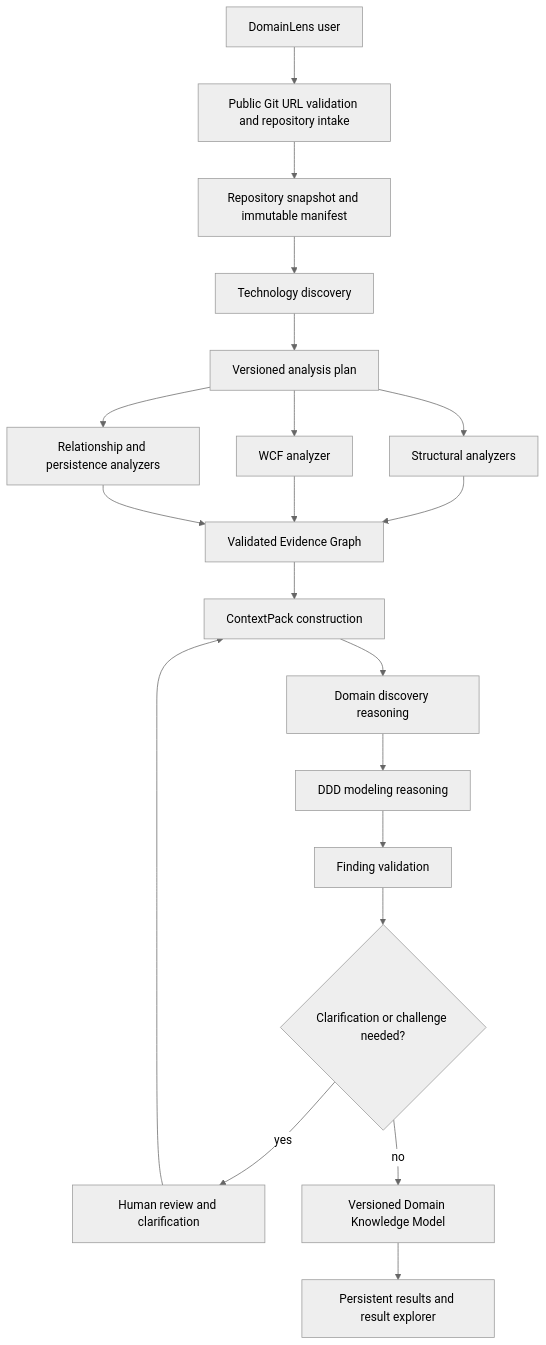
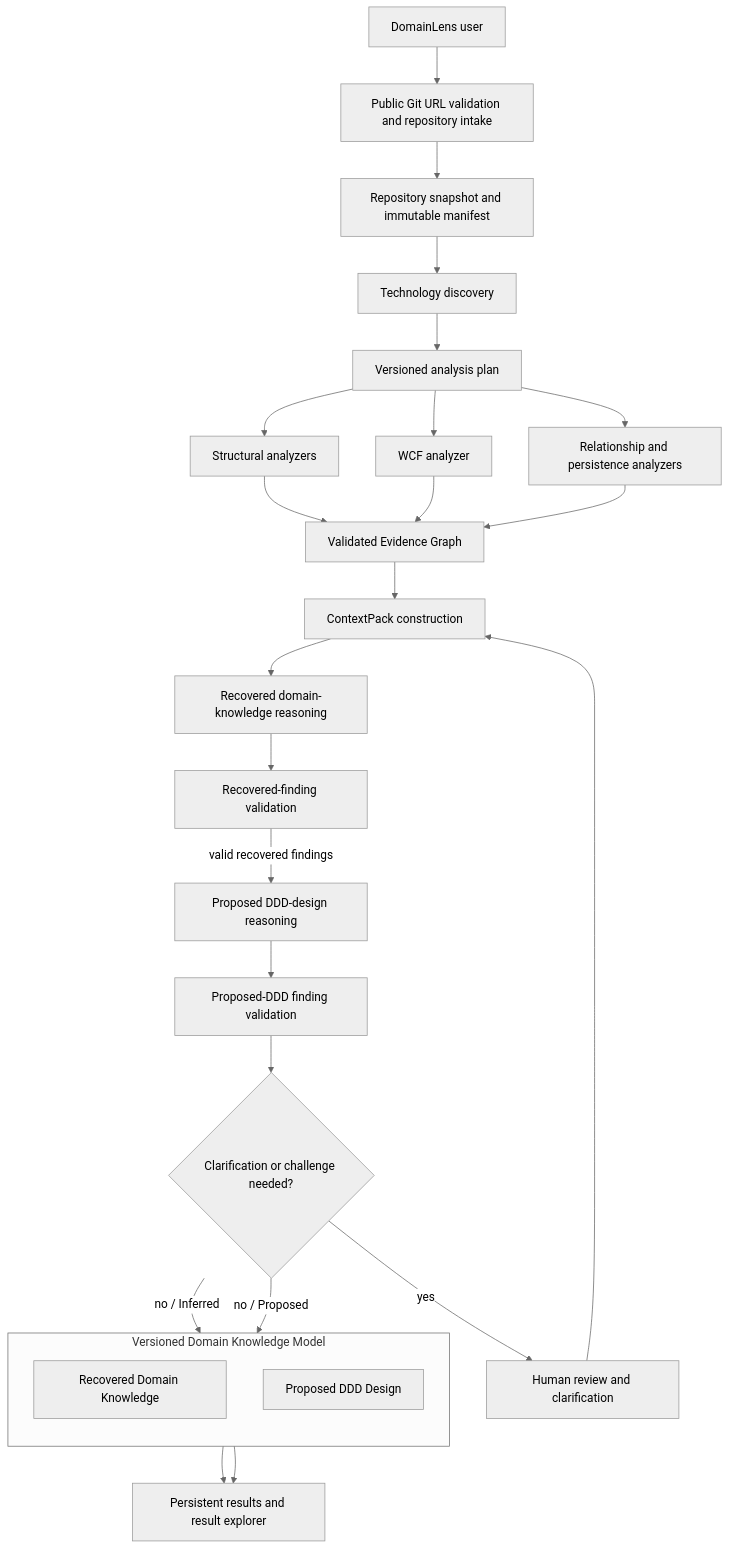
The third of 4 diagrams in docs/architecture/04-analysis-pipeline.md (ksharik/domainLens), drawn with Mermaid (neutral theme) before and after one commit. The commit also changed other lines of this file and 17 other files, not shown here.

````diff
--- a/docs/architecture/04-analysis-pipeline.md
+++ b/docs/architecture/04-analysis-pipeline.md
@@ -162,31 +182,38 @@
 ```mermaid
 flowchart TD
     User[DomainLens user]
     Intake[Public Git URL validation and repository intake]
     Snapshot[Repository snapshot and immutable manifest]
     Discovery[Technology discovery]
     Plan[Versioned analysis plan]
     Structural[Structural analyzers]
     WCF[WCF analyzer]
     Relations[Relationship and persistence analyzers]
     Evidence[Validated Evidence Graph]
     Context[ContextPack construction]
-    DiscoveryReasoning[Domain discovery reasoning]
-    DDD[DDD modeling reasoning]
-    FindingValidation[Finding validation]
+    DiscoveryReasoning[Recovered domain-knowledge reasoning]
+    RecoveryValidation[Recovered-finding validation]
+    DDD[Proposed DDD-design reasoning]
+    DesignValidation[Proposed-DDD finding validation]
     Human{Clarification or challenge needed?}
     Review[Human review and clarification]
-    Knowledge[Versioned Domain Knowledge Model]
+    subgraph Knowledge["Versioned Domain Knowledge Model"]
+        direction TB
+        RecoveredKnowledge[Recovered Domain Knowledge]
+        ProposedDesign[Proposed DDD Design]
+    end
     Results[Persistent results and result explorer]
 
     User --> Intake --> Snapshot --> Discovery --> Plan
     Plan --> Structural
     Plan --> WCF
     Plan --> Relations
     Structural --> Evidence
     WCF --> Evidence
     Relations --> Evidence
-    Evidence --> Context --> DiscoveryReasoning --> DDD --> FindingValidation --> Human
+    Evidence --> Context --> DiscoveryReasoning --> RecoveryValidation
+    RecoveryValidation -->|valid recovered findings| DDD --> DesignValidation --> Human
     Human -->|yes| Review --> Context
-    Human -->|no| Knowledge --> Results
+    Human -->|"no / Inferred"| RecoveredKnowledge --> Results
+    Human -->|"no / Proposed"| ProposedDesign --> Results
 ```
````
